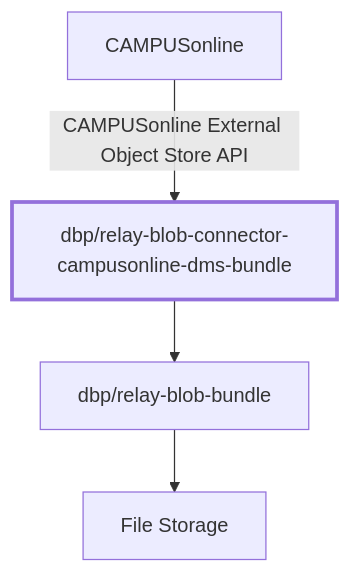
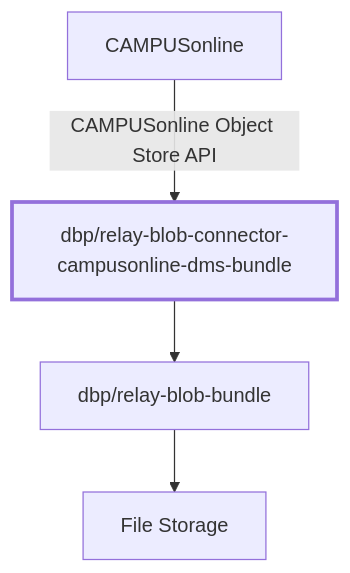
One commit to digital-blueprint/relay-blob-connector-campusonline-dms-bundle changed the diagram in docs/README.md. Above: the diagram before and after it, drawn with Mermaid. The commit also changed other lines of this file and 4 other files, not shown here.

Commit message:
Adjust docs for CO API name change to "CAMPUSonline Object Store API"

````diff
--- a/docs/README.md
+++ b/docs/README.md
@@ -9,8 +9,8 @@
 ```mermaid
 graph TB
-    A[CAMPUSonline] -->|CAMPUSonline External Object Store API| B[dbp/relay-blob-connector-campusonline-dms-bundle]
+    A[CAMPUSonline] -->|CAMPUSonline Object Store API| B[dbp/relay-blob-connector-campusonline-dms-bundle]
     B --> C[dbp/relay-blob-bundle]
     C --> D[File Storage]
 
     style B stroke-width:3px
 ```
````
